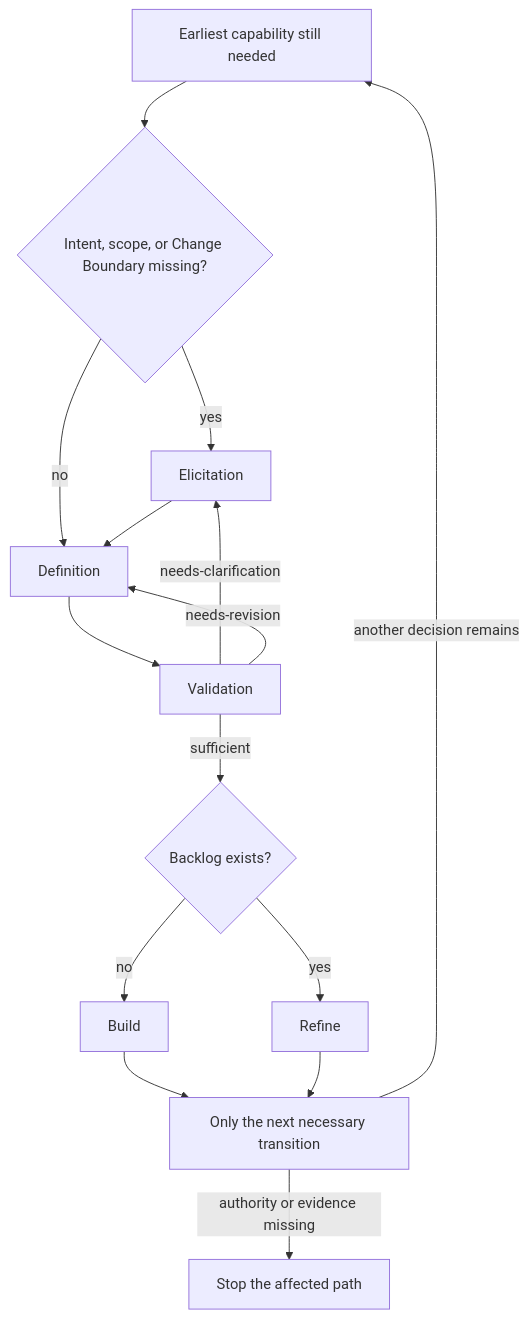
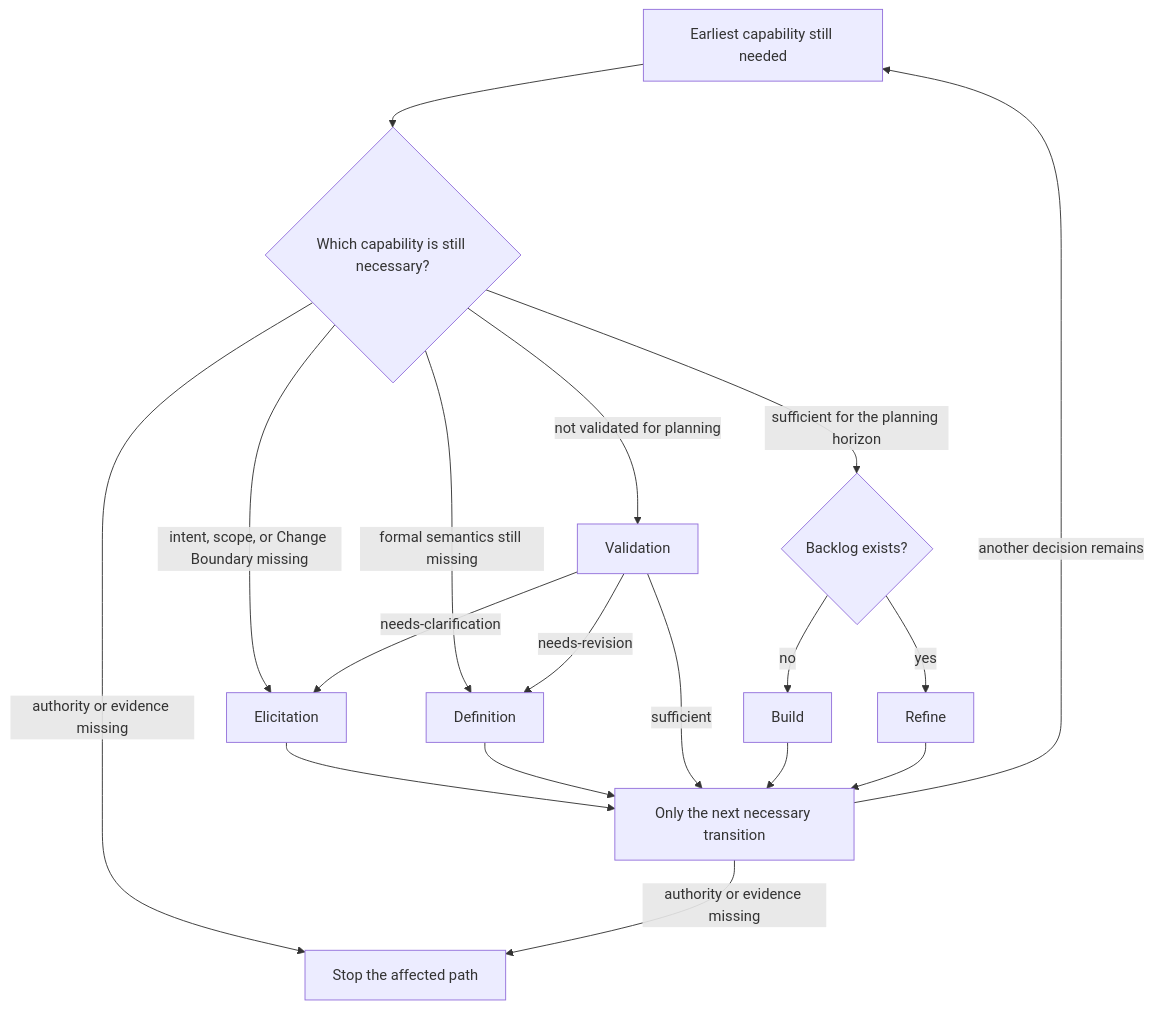
One commit to JadsonLucena/agent-toolkit changed the diagram in contexts/requirements/commands/shape-change.md. Above: the diagram before and after it, drawn with Mermaid.

Commit message:
fix(requirements): let shape-change enter at the capability still needed
The routing diagram sent every invocation through definition and validation. Entry now follows the earliest missing capability, and each handoff stops or selects only the next transition.

````diff
--- a/contexts/requirements/commands/shape-change.md
+++ b/contexts/requirements/commands/shape-change.md
@@ -42,17 +42,20 @@
 ```mermaid
 flowchart TD
-    Inspect["Earliest capability still needed"] --> Need{"Intent, scope, or Change Boundary missing?"}
-    Need -->|yes| Elicitation
-    Need -->|no| Definition
-    Elicitation --> Definition
-    Definition --> Validation
+    Inspect["Earliest capability still needed"] --> Entry{"Which capability is still necessary?"}
+    Entry -->|intent, scope, or Change Boundary missing| Elicitation
+    Entry -->|formal semantics still missing| Definition
+    Entry -->|not validated for planning| Validation
+    Entry -->|sufficient for the planning horizon| Plan{"Backlog exists?"}
+    Entry -->|authority or evidence missing| Stop["Stop the affected path"]
+    Elicitation --> Recheck
+    Definition --> Recheck
     Validation -->|needs-clarification| Elicitation
     Validation -->|needs-revision| Definition
-    Validation -->|sufficient| Plan{"Backlog exists?"}
+    Validation -->|sufficient| Recheck
     Plan -->|no| Build
     Plan -->|yes| Refine
-    Build --> Recheck["Only the next necessary transition"]
+    Build --> Recheck
     Refine --> Recheck
-    Recheck -->|authority or evidence missing| Stop["Stop the affected path"]
+    Recheck["Only the next necessary transition"] -->|authority or evidence missing| Stop
     Recheck -->|another decision remains| Inspect
 ```
````
